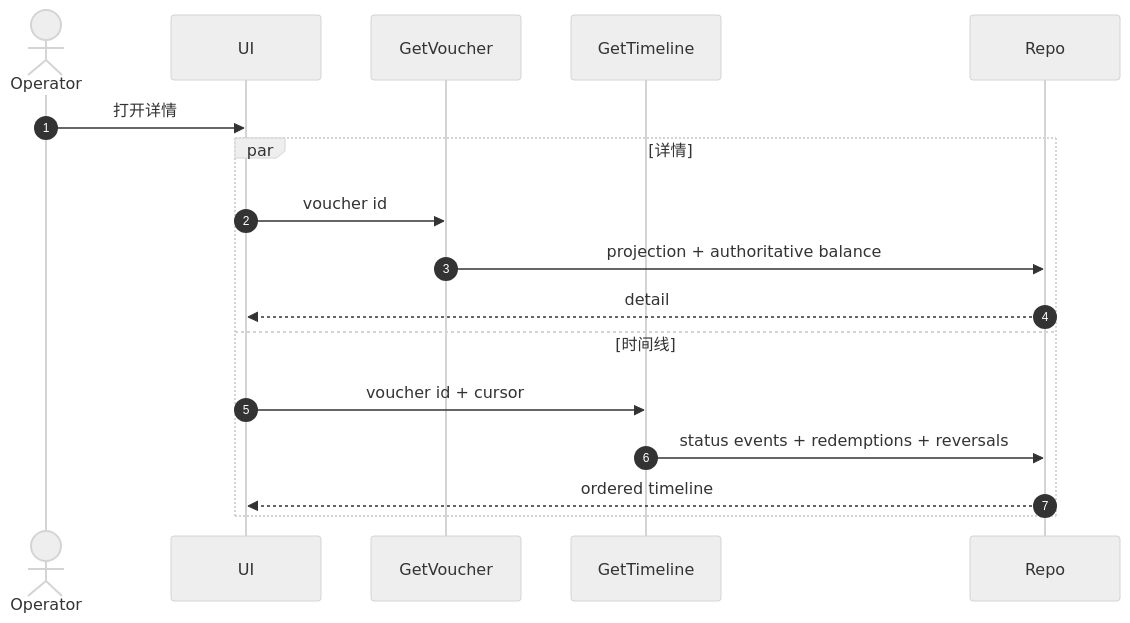
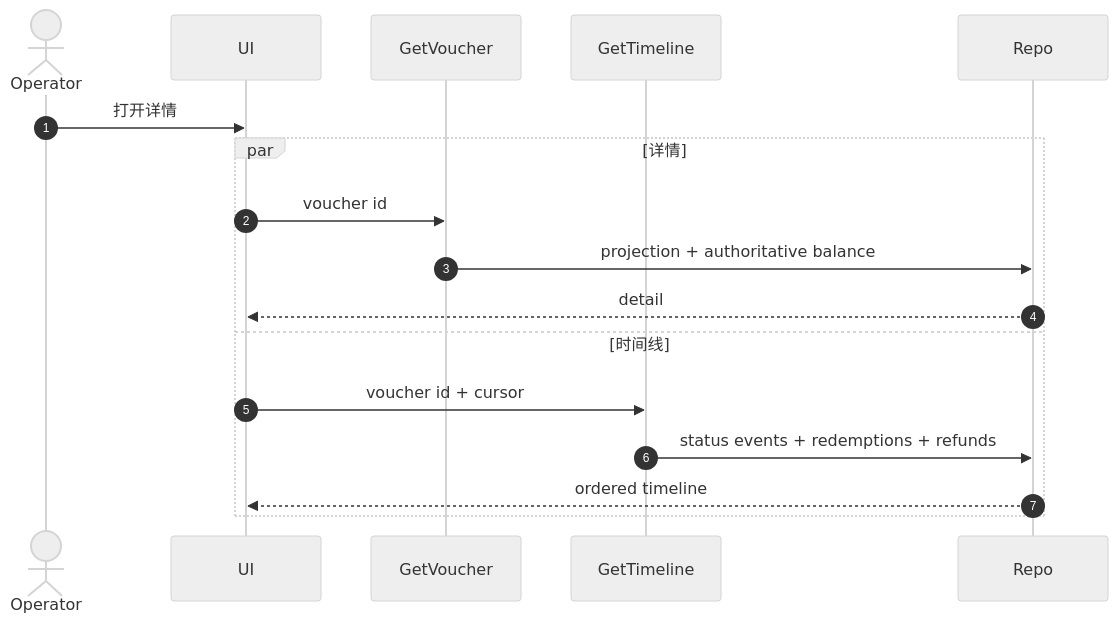
Before and after one commit to Ethan7586/zhudatuan: diagram 29 of 31 in docs/voucher/Flows.md, drawn with Mermaid (neutral theme). The commit also changed other lines of this file and 62 other files, not shown here.

````diff
--- a/docs/voucher/Flows.md
+++ b/docs/voucher/Flows.md
@@ -816,20 +816,20 @@
 ```mermaid
 sequenceDiagram
     autonumber
     actor Operator
     participant UI
     participant Detail as GetVoucher
     participant Timeline as GetTimeline
     participant Repo
 
     Operator->>UI: 打开详情
     par 详情
         UI->>Detail: voucher id
         Detail->>Repo: projection + authoritative balance
         Repo-->>UI: detail
     and 时间线
         UI->>Timeline: voucher id + cursor
-        Timeline->>Repo: status events + redemptions + reversals
+        Timeline->>Repo: status events + redemptions + refunds
         Repo-->>UI: ordered timeline
     end
 ```
````
